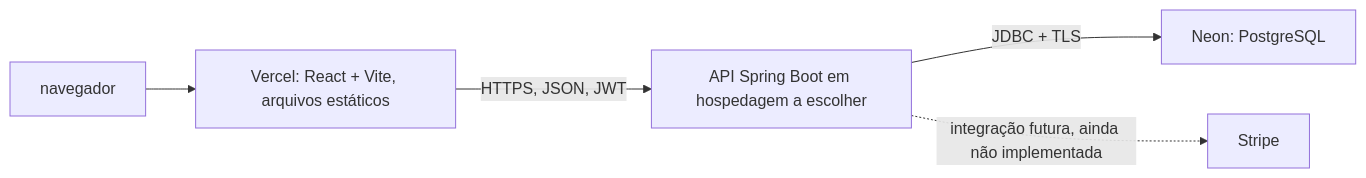
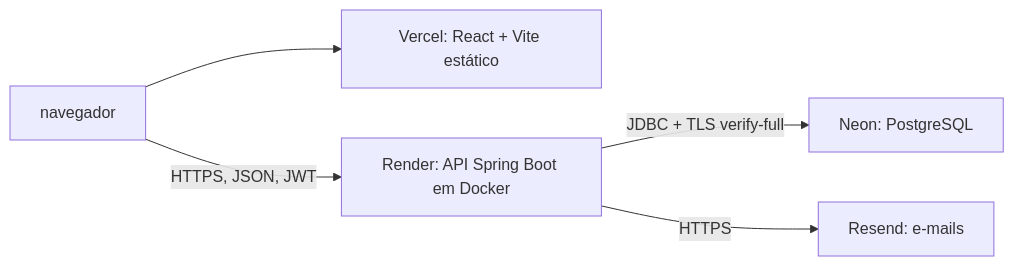
The diagram in docs/deploy.md (fabiolrocha/FreeLanceNow), drawn with Mermaid before and after one commit. The commit also changed other lines of this file and 9 other files, not shown here.

First line of the commit message:
docs: roteiro de deploy Vercel/Render/Neon/Resend e ADRs 25 a 27

````diff
--- a/docs/deploy.md
+++ b/docs/deploy.md
@@ -7,7 +7,7 @@
 ```mermaid
 flowchart LR
-  Browser[ navegador ] --> Vercel[Vercel: React + Vite, arquivos estáticos]
-  Vercel -->|HTTPS, JSON, JWT| API[API Spring Boot em hospedagem a escolher]
-  API -->|JDBC + TLS| Neon[Neon: PostgreSQL]
-  API -. integração futura, ainda não implementada .-> Stripe[Stripe]
+  Browser[navegador] --> Vercel[Vercel: React + Vite estático]
+  Browser -->|HTTPS, JSON, JWT| Render[Render: API Spring Boot em Docker]
+  Render -->|JDBC + TLS verify-full| Neon[Neon: PostgreSQL]
+  Render -->|HTTPS| Resend[Resend: e-mails]
 ```
````
